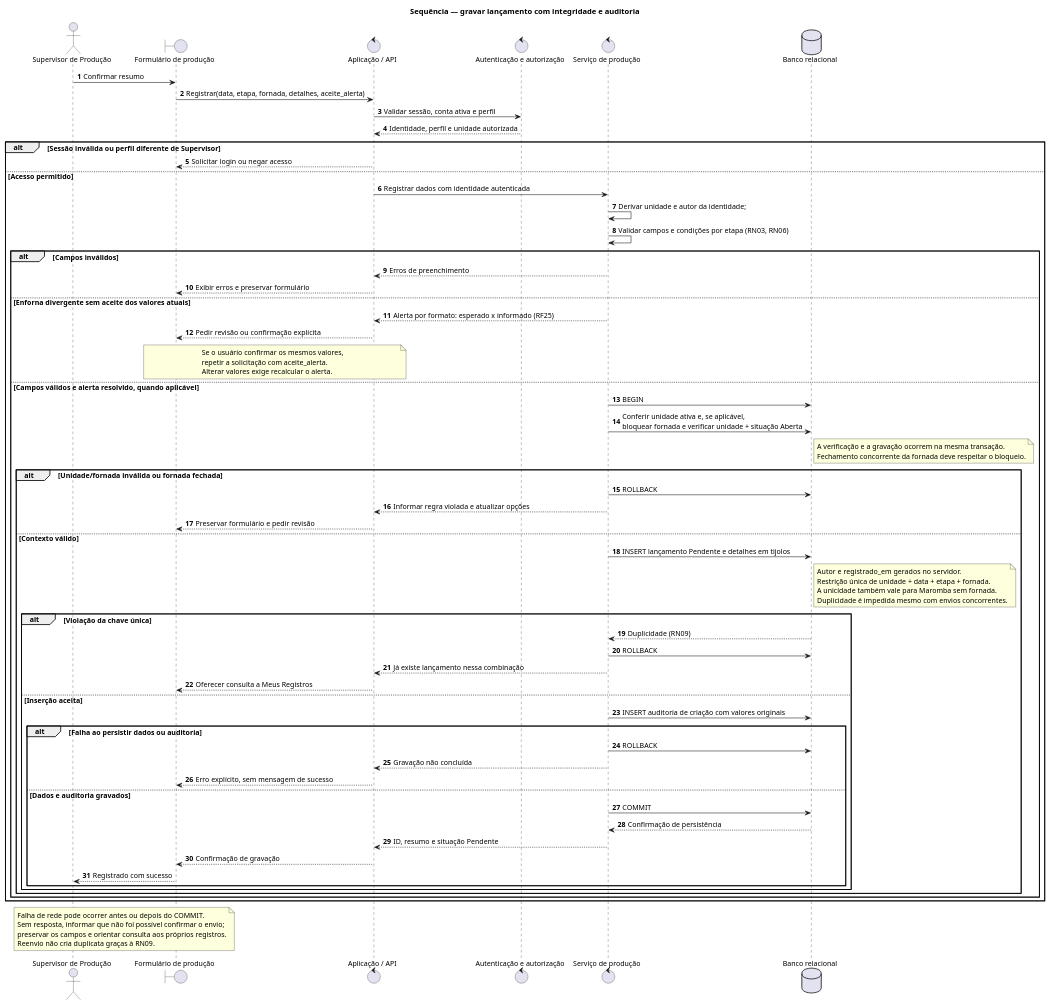
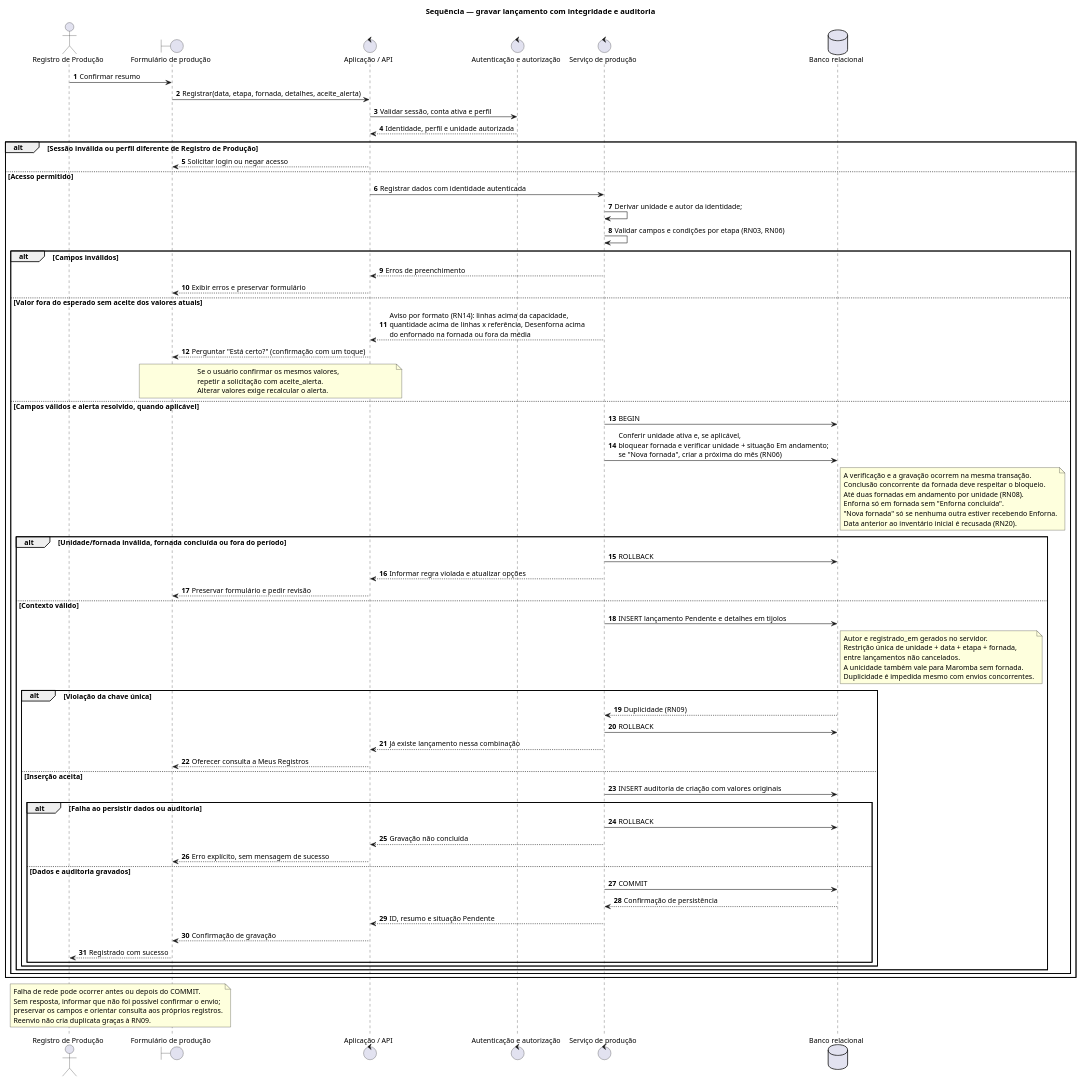
The diagram in docs/uml/04_sequencia_registrar_producao.puml (emilynerys/Projeto-Cer-mica-SOCRE), drawn with PlantUML before and after one commit. The commit also changed 21 other files, not shown here.

First line of the commit message:
Revisa os diagramas UML com o levantamento de outubro/2026

```diff
--- a/docs/uml/04_sequencia_registrar_producao.puml
+++ b/docs/uml/04_sequencia_registrar_producao.puml
@@ -1,85 +1,90 @@
 @startuml
 skinparam shadowing false
 skinparam defaultFontName Arial
 skinparam defaultFontSize 13
 autonumber
 title Sequência — gravar lançamento com integridade e auditoria
 
-actor "Supervisor de Produção" as Supervisor
+actor "Registro de Produção" as Registro
 boundary "Formulário de produção" as Tela
 control "Aplicação / API" as API
 control "Autenticação e autorização" as Acesso
 control "Serviço de produção" as Producao
 database "Banco relacional" as BD
 
-Supervisor -> Tela : Confirmar resumo
+Registro -> Tela : Confirmar resumo
 Tela -> API : Registrar(data, etapa, fornada, detalhes, aceite_alerta)
 API -> Acesso : Validar sessão, conta ativa e perfil
 Acesso --> API : Identidade, perfil e unidade autorizada
 
-alt Sessão inválida ou perfil diferente de Supervisor
+alt Sessão inválida ou perfil diferente de Registro de Produção
   API --> Tela : Solicitar login ou negar acesso
 else Acesso permitido
   API -> Producao : Registrar dados com identidade autenticada
   Producao -> Producao : Derivar unidade e autor da identidade;
   Producao -> Producao : Validar campos e condições por etapa (RN03, RN06)
   alt Campos inválidos
     Producao --> API : Erros de preenchimento
     API --> Tela : Exibir erros e preservar formulário
-  else Enforna divergente sem aceite dos valores atuais
-    Producao --> API : Alerta por formato: esperado x informado (RF25)
-    API --> Tela : Pedir revisão ou confirmação explícita
+  else Valor fora do esperado sem aceite dos valores atuais
+    Producao --> API : Aviso por formato (RN14): linhas acima da capacidade,\nquantidade acima de linhas x referência, Desenforna acima\ndo enfornado na fornada ou fora da média
+    API --> Tela : Perguntar "Está certo?" (confirmação com um toque)
     note over Tela, API
       Se o usuário confirmar os mesmos valores,
       repetir a solicitação com aceite_alerta.
       Alterar valores exige recalcular o alerta.
     end note
   else Campos válidos e alerta resolvido, quando aplicável
     Producao -> BD : BEGIN
-    Producao -> BD : Conferir unidade ativa e, se aplicável,\nbloquear fornada e verificar unidade + situação Aberta
+    Producao -> BD : Conferir unidade ativa e, se aplicável,\nbloquear fornada e verificar unidade + situação Em andamento;\nse "Nova fornada", criar a próxima do mês (RN06)
     note right of BD
       A verificação e a gravação ocorrem na mesma transação.
-      Fechamento concorrente da fornada deve respeitar o bloqueio.
+      Conclusão concorrente da fornada deve respeitar o bloqueio.
+      Até duas fornadas em andamento por unidade (RN08).
+      Enforna só em fornada sem "Enforna concluída".
+      "Nova fornada" só se nenhuma outra estiver recebendo Enforna.
+      Data anterior ao inventário inicial é recusada (RN20).
     end note
-    alt Unidade/fornada inválida ou fornada fechada
+    alt Unidade/fornada inválida, fornada concluída ou fora do período
       Producao -> BD : ROLLBACK
       Producao --> API : Informar regra violada e atualizar opções
       API --> Tela : Preservar formulário e pedir revisão
     else Contexto válido
       Producao -> BD : INSERT lançamento Pendente e detalhes em tijolos
       note right of BD
         Autor e registrado_em gerados no servidor.
-        Restrição única de unidade + data + etapa + fornada.
+        Restrição única de unidade + data + etapa + fornada,
+        entre lançamentos não cancelados.
         A unicidade também vale para Maromba sem fornada.
         Duplicidade é impedida mesmo com envios concorrentes.
       end note
       alt Violação da chave única
         BD --> Producao : Duplicidade (RN09)
         Producao -> BD : ROLLBACK
         Producao --> API : Já existe lançamento nessa combinação
         API --> Tela : Oferecer consulta a Meus Registros
       else Inserção aceita
         Producao -> BD : INSERT auditoria de criação com valores originais
         alt Falha ao persistir dados ou auditoria
           Producao -> BD : ROLLBACK
           Producao --> API : Gravação não concluída
           API --> Tela : Erro explícito, sem mensagem de sucesso
         else Dados e auditoria gravados
           Producao -> BD : COMMIT
           BD --> Producao : Confirmação de persistência
           Producao --> API : ID, resumo e situação Pendente
           API --> Tela : Confirmação de gravação
-          Tela --> Supervisor : Registrado com sucesso
+          Tela --> Registro : Registrado com sucesso
         end
       end
     end
   end
 end
 
-note over Supervisor, Tela
+note over Registro, Tela
   Falha de rede pode ocorrer antes ou depois do COMMIT.
   Sem resposta, informar que não foi possível confirmar o envio;
   preservar os campos e orientar consulta aos próprios registros.
   Reenvio não cria duplicata graças à RN09.
 end note
 @enduml
```
